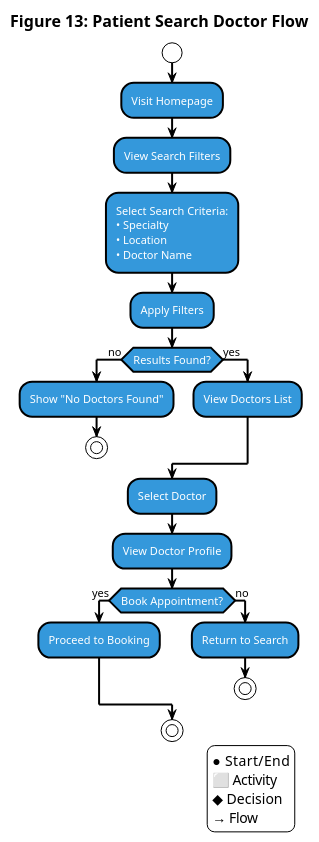
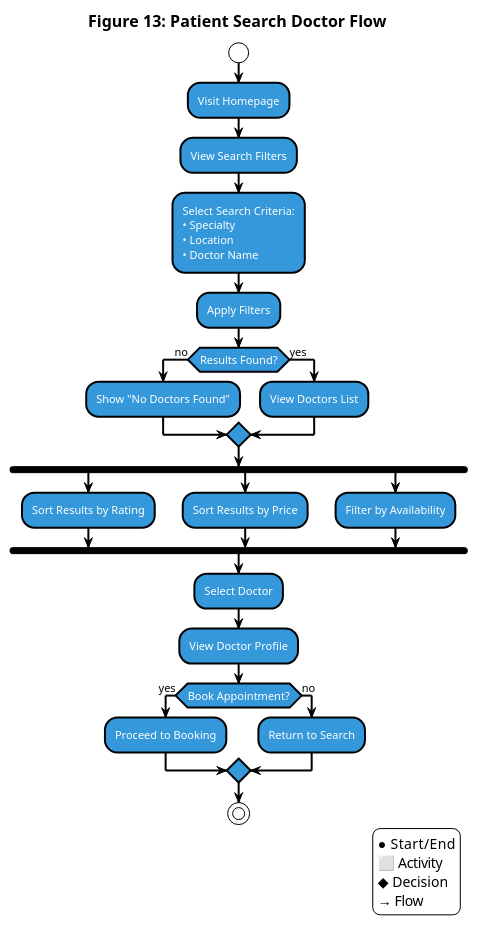
Before and after one commit to Ahmed-Makled/clinic: the diagram in Patient_Search_Doctor_Activity.puml, drawn with PlantUML. The commit also changed 21 other files, not shown here.

First line of the commit message:
Refactor sequence diagrams for clarity and consistency

```diff
--- a/Patient_Search_Doctor_Activity.puml
+++ b/Patient_Search_Doctor_Activity.puml
@@ -1,64 +1,70 @@
 @startuml Patient_Search_Doctor_Activity
 !theme plain
 skinparam backgroundColor white
 skinparam activityBorderColor black
 skinparam activityBackgroundColor #3498db
 skinparam startColor black
 skinparam endColor black
 skinparam decisionBorderColor black
 skinparam decisionBackgroundColor white
 skinparam arrowColor black
 skinparam activityFontColor white
 skinparam decisionFontColor black
 skinparam activityFontSize 11
 skinparam decisionFontSize 10
 skinparam titleFontSize 16
 skinparam titleFontColor black
 skinparam activityBorderThickness 2
 skinparam decisionBorderThickness 2
 skinparam arrowThickness 2
 skinparam shadowing false
 
 title Figure 13: Patient Search Doctor Flow
 
 start
 
 :Visit Homepage;
 
 :View Search Filters;
 
 :Select Search Criteria:
 • Specialty
 • Location
 • Doctor Name;
 
 :Apply Filters;
 
 if (Results Found?) then (no)
   :Show "No Doctors Found";
-  stop
 else (yes)
   :View Doctors List;
 endif
+
+fork
+  :Sort Results by Rating;
+fork again
+  :Sort Results by Price;
+fork again
+  :Filter by Availability;
+end fork
 
 :Select Doctor;
 
 :View Doctor Profile;
 
 if (Book Appointment?) then (yes)
   :Proceed to Booking;
 else (no)
   :Return to Search;
-  stop
 endif
 
 stop
 
 legend right
 ● Start/End
 ⬜ Activity
 ◆ Decision
 → Flow
 endlegend
 
-@enduml 
+@enduml
```
